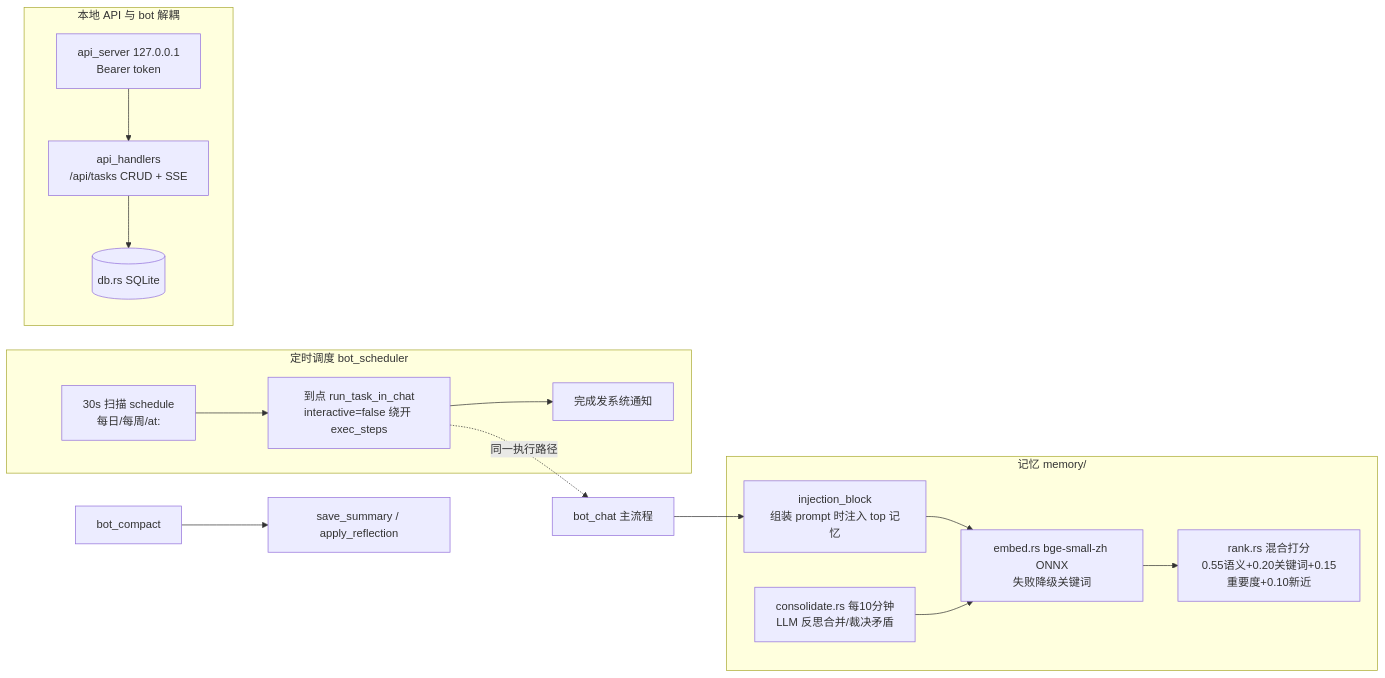
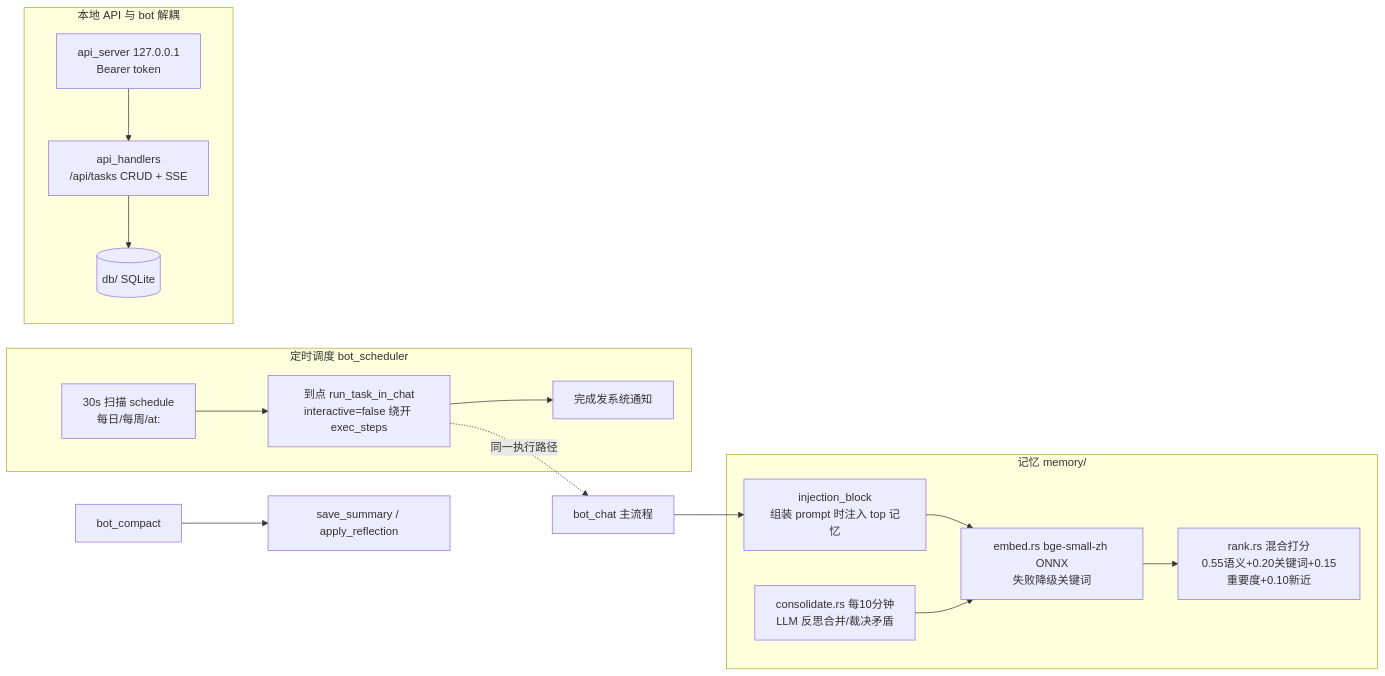
One commit to BLAGICLAB/WMessage changed the second of 3 diagrams in docs/rust-bot-architecture.md. Above: the diagram before and after it, drawn with Mermaid. The commit also changed other lines of this file and 2 other files, not shown here.

````diff
--- a/docs/rust-bot-architecture.md
+++ b/docs/rust-bot-architecture.md
@@ -268,25 +289,25 @@
 ```mermaid
 flowchart LR
     subgraph 记忆 memory/
         M1[injection_block<br/>组装 prompt 时注入 top 记忆] 
         M2[embed.rs bge-small-zh ONNX<br/>失败降级关键词]
         M3[rank.rs 混合打分<br/>0.55语义+0.20关键词+0.15重要度+0.10新近]
         M4[consolidate.rs 每10分钟<br/>LLM 反思合并/裁决矛盾]
         M1 --> M2 --> M3
         M4 --> M2
     end
 
     subgraph 定时调度 bot_scheduler
         S1[30s 扫描 schedule<br/>每日/每周/at:] --> S2[到点 run_task_in_chat<br/>interactive=false 绕开 exec_steps]
         S2 --> S3[完成发系统通知]
     end
 
     subgraph 本地 API 与 bot 解耦
         H1[api_server 127.0.0.1<br/>Bearer token] --> H2[api_handlers<br/>/api/tasks CRUD + SSE]
-        H2 --> H3[(db.rs SQLite)]
+        H2 --> H3[(db/ SQLite)]
     end
 
     BC[bot_chat 主流程] --> M1
     BC2[bot_compact] --> M5[save_summary / apply_reflection]
     S2 -.同一执行路径.-> BC
 ```
````
